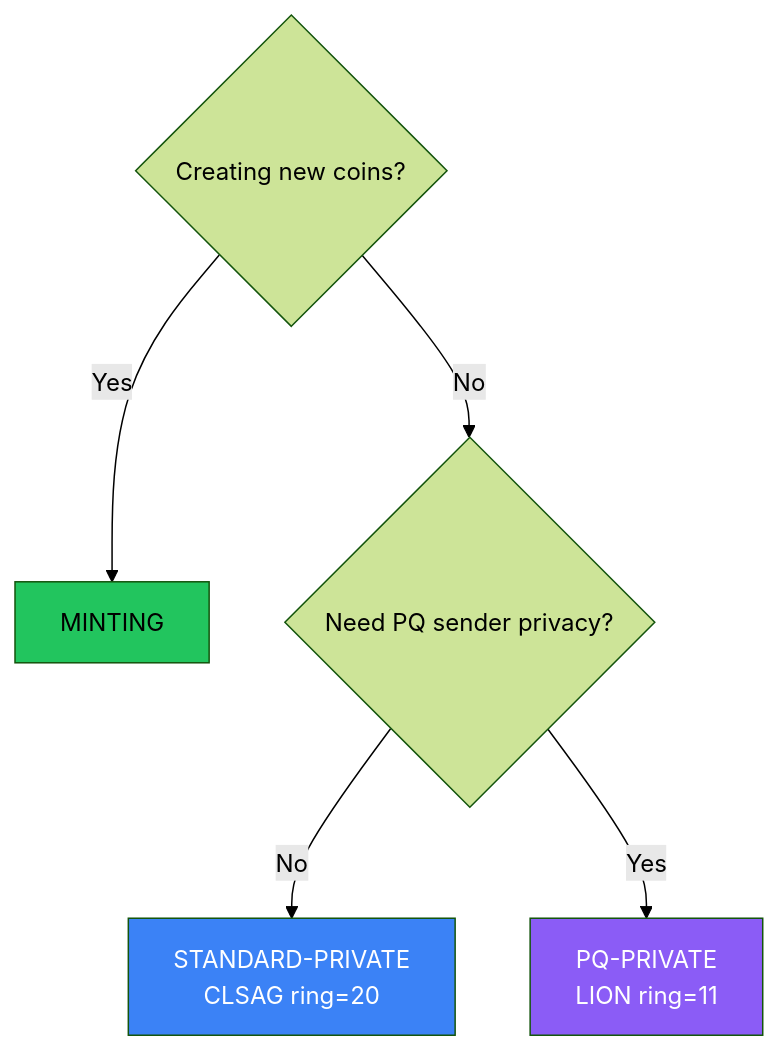
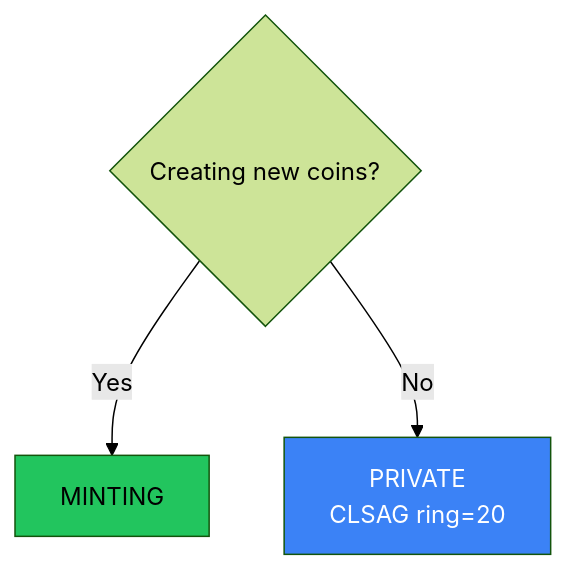
Before and after one commit to botho-project/botho: the second of 2 diagrams in docs/transactions.md, drawn with Mermaid (forest theme). The commit also changed other lines of this file and 33 other files, not shown here.

First line of the commit message:
feat!: Deprecate LION ring signatures for sustainable blockchain growth

````diff
--- a/docs/transactions.md
+++ b/docs/transactions.md
@@ -480,11 +335,8 @@
 ```mermaid
 flowchart TD
     A{Creating new coins?} -->|Yes| B[MINTING]
-    A -->|No| C{Need PQ sender privacy?}
-    C -->|No| D[STANDARD-PRIVATE<br/>CLSAG ring=20]
-    C -->|Yes| E[PQ-PRIVATE<br/>LION ring=11]
+    A -->|No| C[PRIVATE<br/>CLSAG ring=20]
 
     style B fill:#22c55e,color:#000
-    style D fill:#3b82f6,color:#fff
-    style E fill:#8b5cf6,color:#fff
+    style C fill:#3b82f6,color:#fff
 ```
````
